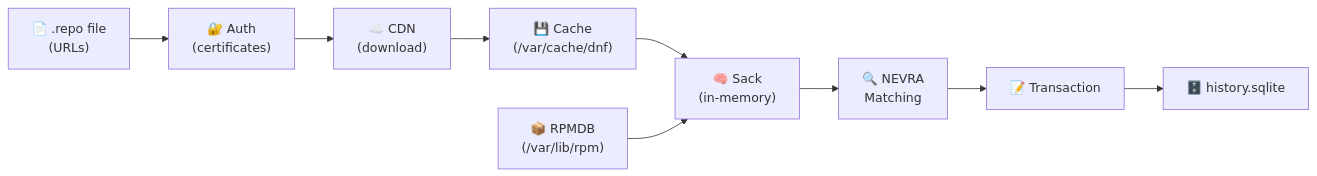
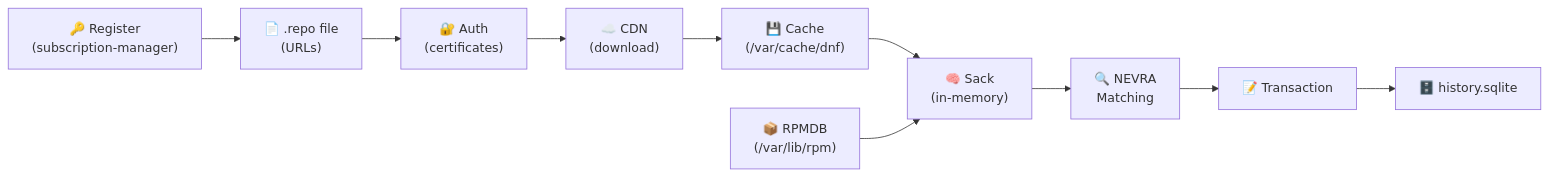
Before and after one commit to vikin91/dnf-scripts: the second of 2 diagrams in DNF_DATA_FLOW_DIAGRAM.md, drawn with Mermaid. The commit also changed other lines of this file, not shown here.

Commit message:
Update diagrams

````diff
--- a/DNF_DATA_FLOW_DIAGRAM.md
+++ b/DNF_DATA_FLOW_DIAGRAM.md
@@ -115,11 +123,12 @@
 ```mermaid
 flowchart LR
+    Z["🔑 Register<br/>(subscription-manager)"] --> A
     A["📄 .repo file<br/>(URLs)"] --> B["🔐 Auth<br/>(certificates)"]
     B --> C["☁️ CDN<br/>(download)"]
     C --> D["💾 Cache<br/>(/var/cache/dnf)"]
     D --> E["🧠 Sack<br/>(in-memory)"]
     F["📦 RPMDB<br/>(/var/lib/rpm)"] --> E
     E --> G["🔍 NEVRA<br/>Matching"]
     G --> H["📝 Transaction"]
     H --> I["🗄️ history.sqlite"]
 ```
````
